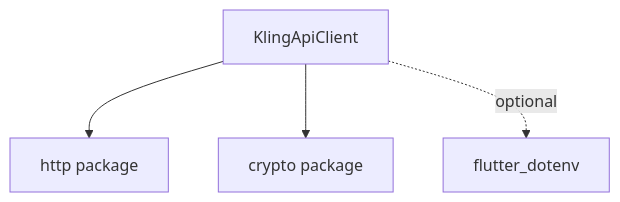
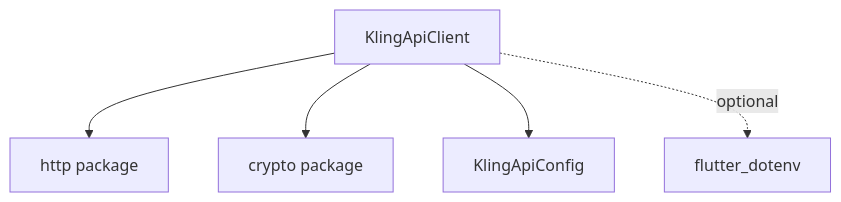
One commit to cripnail/kling_app changed the sixth of 6 diagrams in .qoder/repowiki/en/content/Core Features/Authentication System.md. Above: the diagram before and after it, drawn with Mermaid. The commit also changed other lines of this file and 15 other files, not shown here.

````diff
--- a/.qoder/repowiki/en/content/Core Features/Authentication System.md
+++ b/.qoder/repowiki/en/content/Core Features/Authentication System.md
@@ -209,10 +251,12 @@
 ```mermaid
 graph TB
 Client["KlingApiClient"]
 HTTP["http package"]
 Crypto["crypto package"]
+Config["KlingApiConfig"]
 DotEnv["flutter_dotenv"]
 Client --> HTTP
 Client --> Crypto
+Client --> Config
 Client -. optional .-> DotEnv
 ```
````
